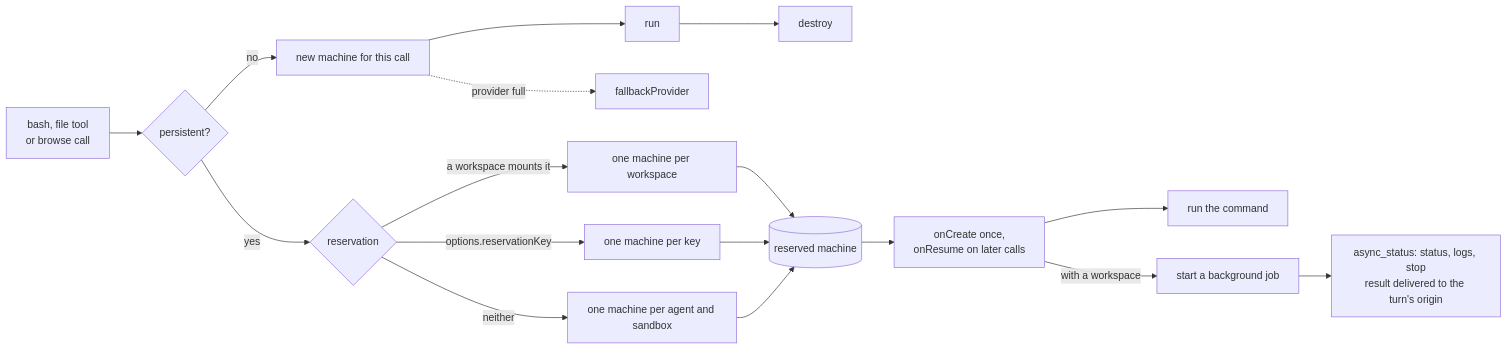
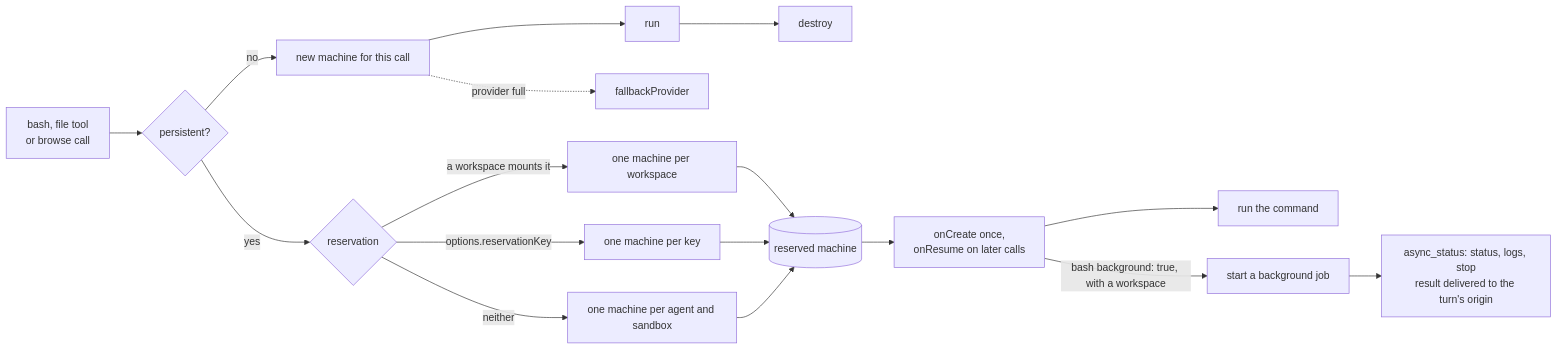
Before and after one commit to beeblastco/broods: the first of 2 diagrams in apps/docs/docs/guides/sandboxes/persistent.md, drawn with Mermaid. The commit also changed 1 other file, not shown here.

Commit message:
docs(sandboxes): tighten two diagram labels
The obscura image adds the obscura CLI, and a background job starts
from bash background: true on a workspace run.

Claude-Session: https://claude.ai/code/session_01AnPpAmH9BBFbkDwi1YgEjF

````diff
--- a/apps/docs/docs/guides/sandboxes/persistent.md
+++ b/apps/docs/docs/guides/sandboxes/persistent.md
@@ -41,18 +41,18 @@
 ```mermaid
 flowchart LR
   T["bash, file tool<br/>or browse call"] --> P{persistent?}
   P -->|no| N[new machine for this call]
   N --> R1[run] --> X[destroy]
   N -.->|provider full| FB[fallbackProvider]
   P -->|yes| K{reservation}
   K -->|a workspace mounts it| K1[one machine per workspace]
   K -->|options.reservationKey| K3[one machine per key]
   K -->|neither| K2[one machine per agent and sandbox]
   K1 --> RES[(reserved machine)]
   K3 --> RES
   K2 --> RES
   RES --> OC["onCreate once,<br/>onResume on later calls"]
   OC --> R2[run the command]
-  OC -->|with a workspace| BG[start a background job]
+  OC -->|bash background: true, with a workspace| BG[start a background job]
   BG --> AS["async_status: status, logs, stop<br/>result delivered to the turn's origin"]
 ```
````
